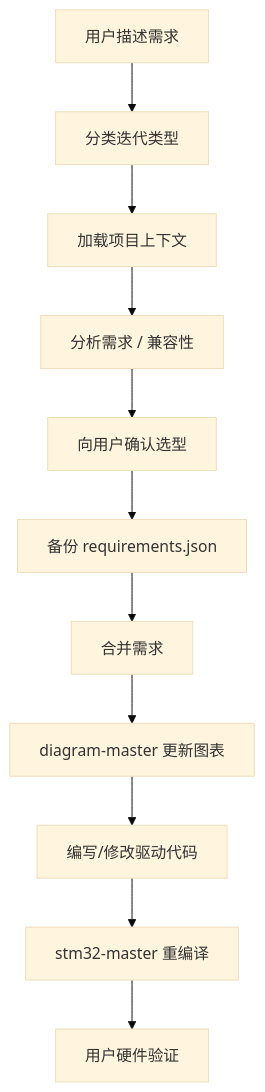
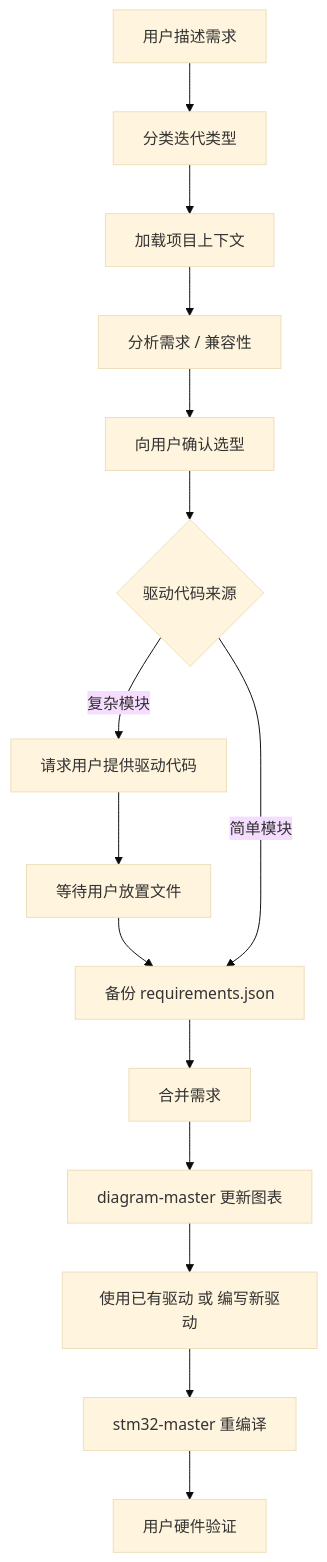
One commit to dzzz-qcxf-studio/iteration-master changed the second of 2 diagrams in README.md. Above: the diagram before and after it, drawn with Mermaid (base theme). The commit also changed other lines of this file and 2 other files, not shown here.

````diff
--- a/README.md
+++ b/README.md
@@ -106,13 +109,17 @@
 ```mermaid
 flowchart TD
     A[用户描述需求] --> B[分类迭代类型]
     B --> C[加载项目上下文]
     C --> D[分析需求 / 兼容性]
     D --> E[向用户确认选型]
-    E --> F[备份 requirements.json]
-    F --> G[合并需求]
-    G --> H[diagram-master 更新图表]
-    H --> I[编写/修改驱动代码]
-    I --> J[stm32-master 重编译]
-    J --> K[用户硬件验证]
+    E --> F{驱动代码来源}
+    F -->|复杂模块| G[请求用户提供驱动代码]
+    G --> G1[等待用户放置文件]
+    G1 --> H[备份 requirements.json]
+    F -->|简单模块| H
+    H --> I[合并需求]
+    I --> J[diagram-master 更新图表]
+    J --> K[使用已有驱动 或 编写新驱动]
+    K --> L[stm32-master 重编译]
+    L --> M[用户硬件验证]
 ```
````
